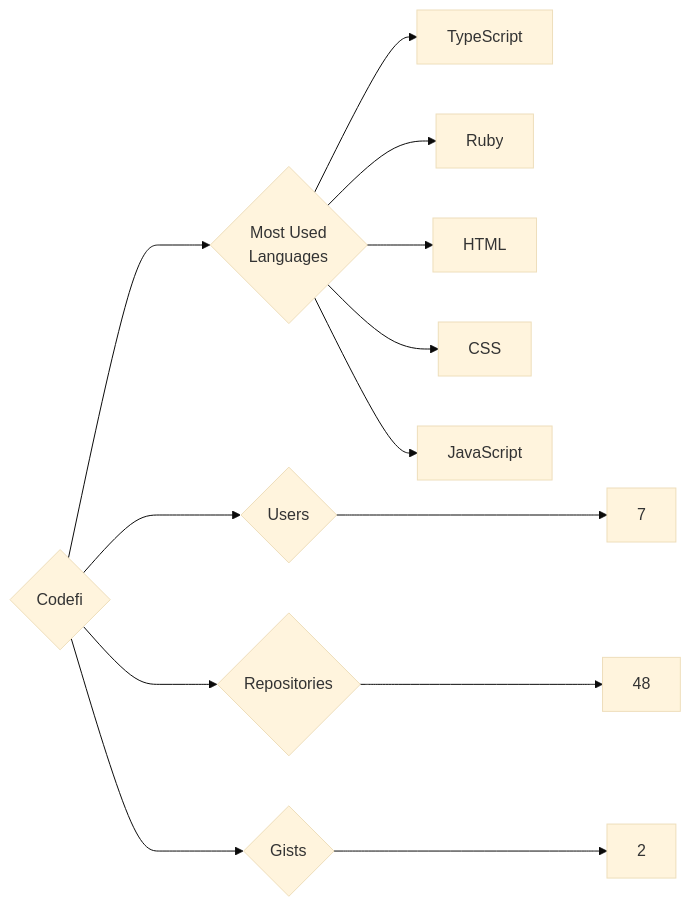
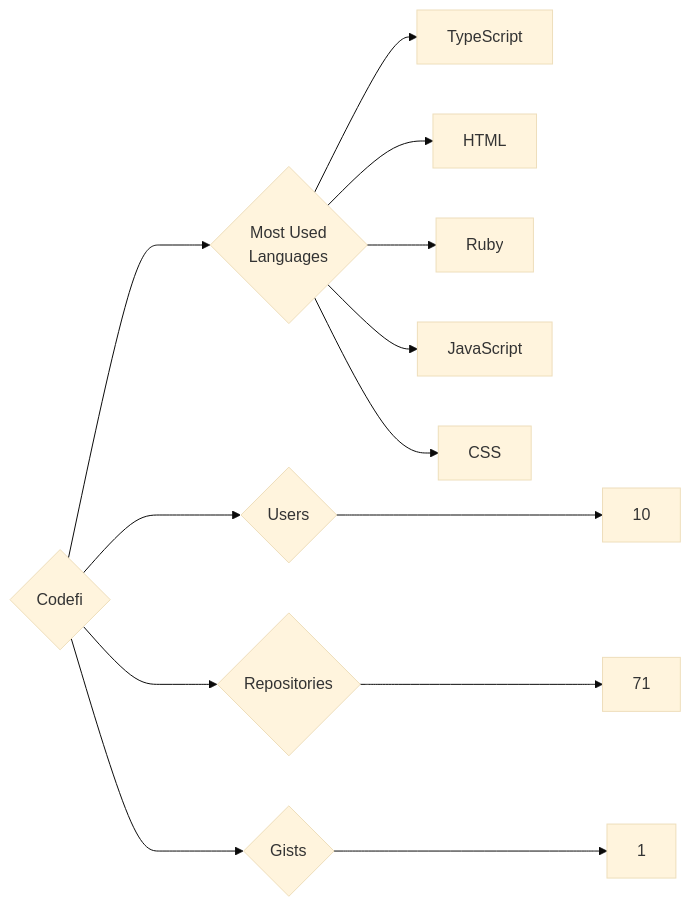
One commit to trickest/insiders changed the diagram in targets/Codefi/README.md. Above: the diagram before and after it, drawn with Mermaid (base theme). The commit also changed 1149 other files, not shown here.

````diff
--- a/targets/Codefi/README.md
+++ b/targets/Codefi/README.md
@@ -3,13 +3,13 @@
 ```mermaid
 graph LR
 COMPANY_NAME{Codefi}
-COMPANY_NAME ---> U{Users} ---> UN[7]
-COMPANY_NAME ---> R{Repositories} ---> RN[48]
-COMPANY_NAME ---> G{Gists} ---> GN[2]
+COMPANY_NAME ---> U{Users} ---> UN[10]
+COMPANY_NAME ---> R{Repositories} ---> RN[71]
+COMPANY_NAME ---> G{Gists} ---> GN[1]
 COMPANY_NAME ---> ML{Most Used<br>Languages}
 ML --> TypeScript[TypeScript]
+ML --> HTML[HTML]
 ML --> Ruby[Ruby]
-ML --> HTML[HTML]
+ML --> JavaScript[JavaScript]
 ML --> CSS[CSS]
-ML --> JavaScript[JavaScript]
 ```
````
